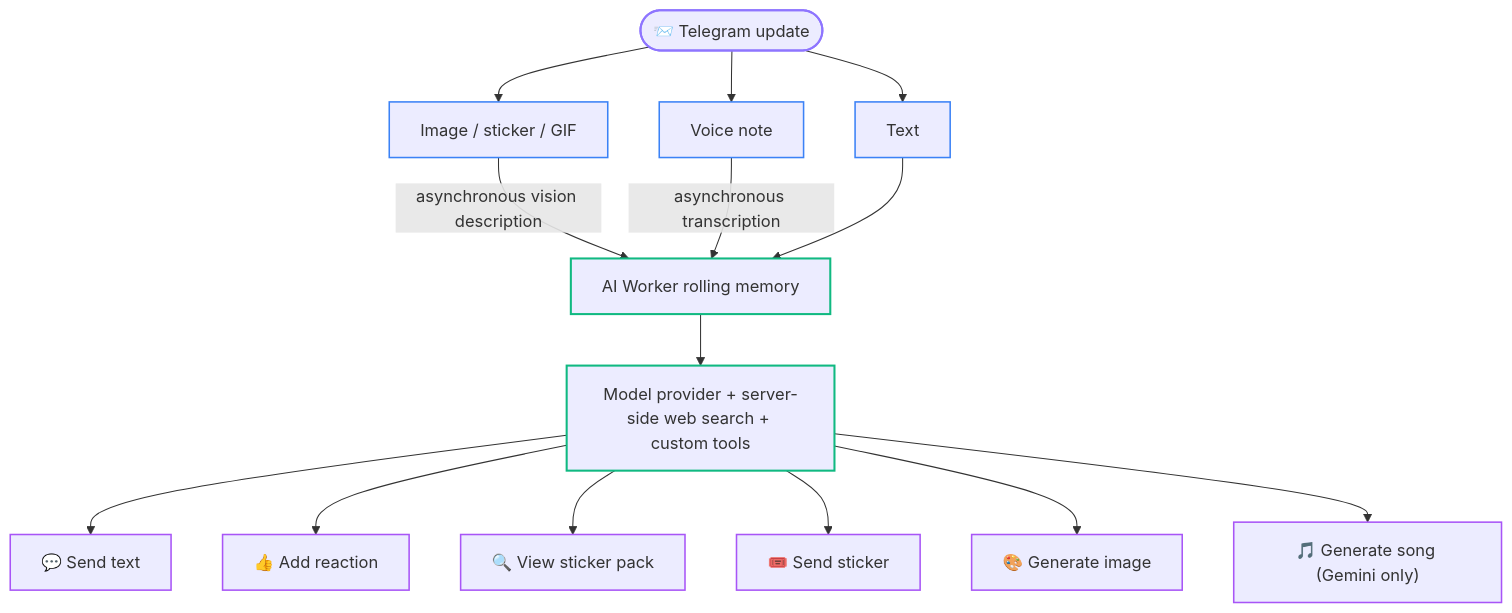
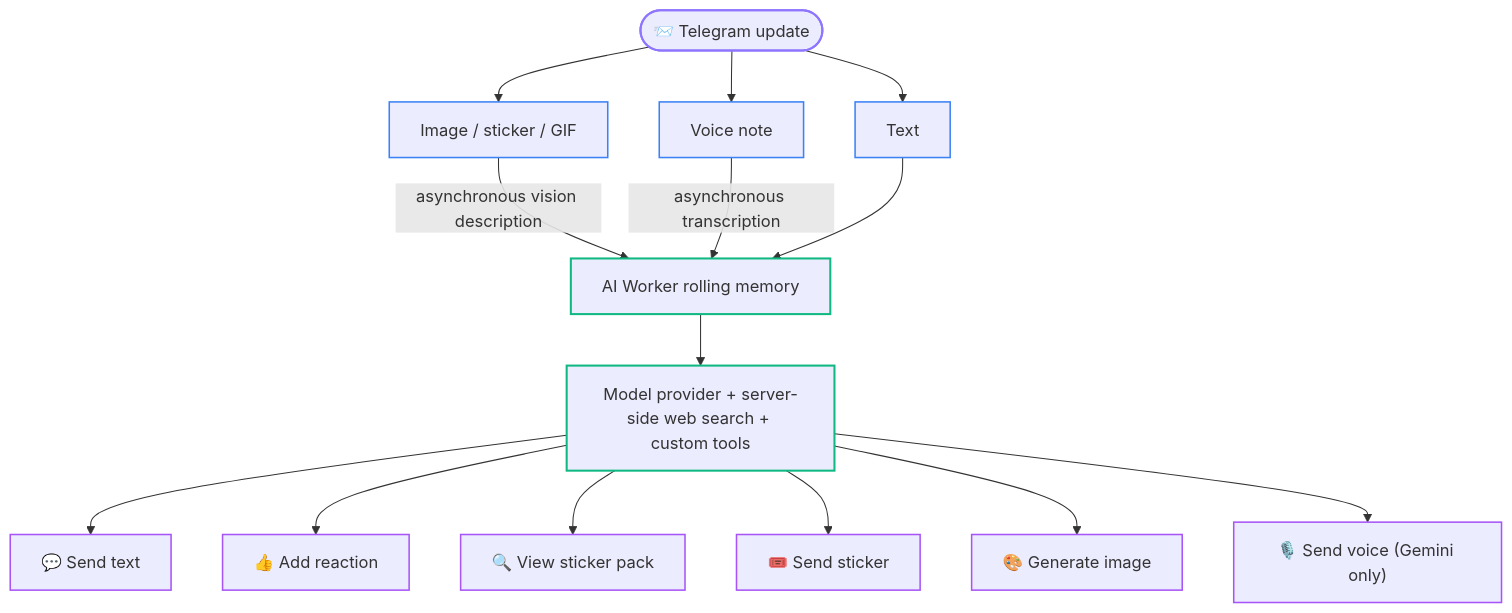
One commit to Asashishi/copy_ninjia changed the second of 2 diagrams in docs/en/02-architecture.md. Above: the diagram before and after it, drawn with Mermaid. The commit also changed other lines of this file and 506 other files, not shown here.

````diff
--- a/docs/en/02-architecture.md
+++ b/docs/en/02-architecture.md
@@ -64,22 +64,22 @@
 ```mermaid
 flowchart TD
     classDef input stroke:#8e75ff,stroke-width:2px;
     classDef process stroke:#3b82f6,stroke-width:1.5px;
     classDef ai stroke:#10b981,stroke-width:2px;
     classDef action stroke:#a855f7,stroke-width:1.5px;
 
     U(["📨 Telegram update"]):::input --> TXT["Text"]:::process
     U --> MED["Image / sticker / GIF"]:::process
     U --> VOC["Voice note"]:::process
     MED -- asynchronous vision description --> MEM["AI Worker rolling memory"]:::ai
     VOC -- asynchronous transcription --> MEM
     TXT --> MEM
     MEM --> G["Model provider + server-side web search + custom tools"]:::ai
 
     G --> A1["💬 Send text"]:::action
     G --> A2["👍 Add reaction"]:::action
     G --> A3["🔍 View sticker pack"]:::action
     G --> A4["🎟️ Send sticker"]:::action
     G --> A5["🎨 Generate image"]:::action
-    G --> A6["🎵 Generate song (Gemini only)"]:::action
+    G --> A6["🎙️ Send voice (Gemini only)"]:::action
 ```
````
